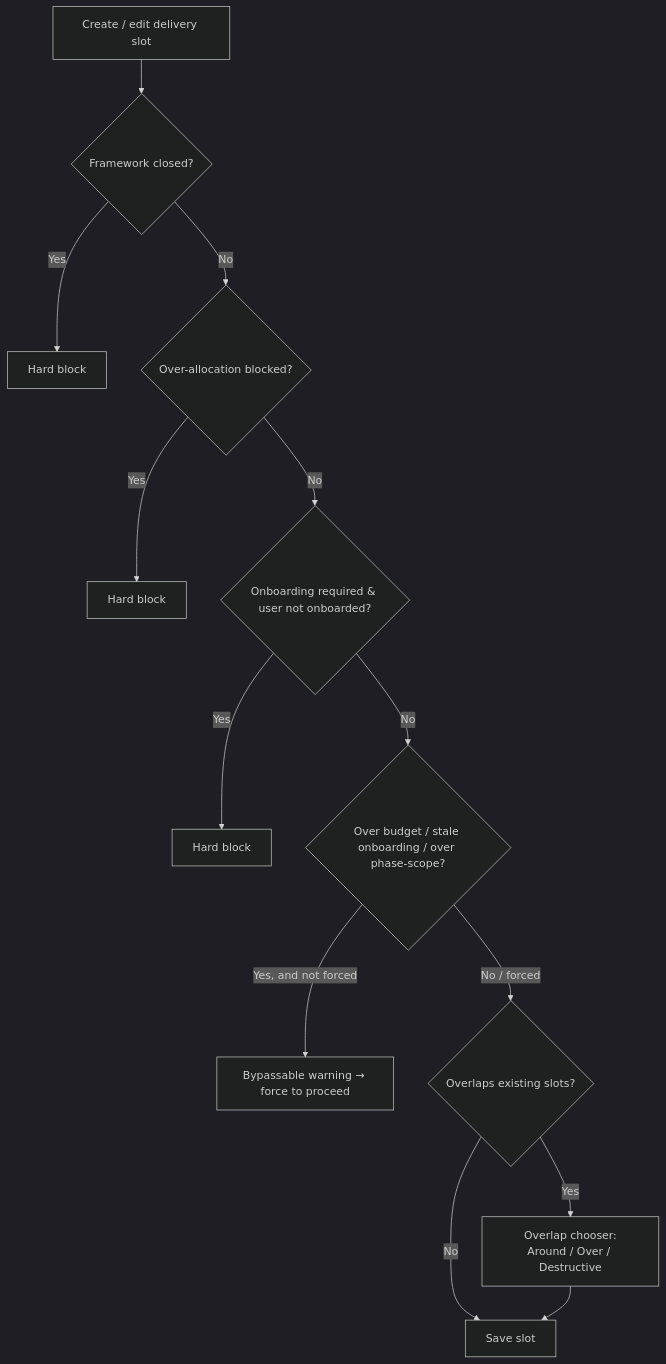
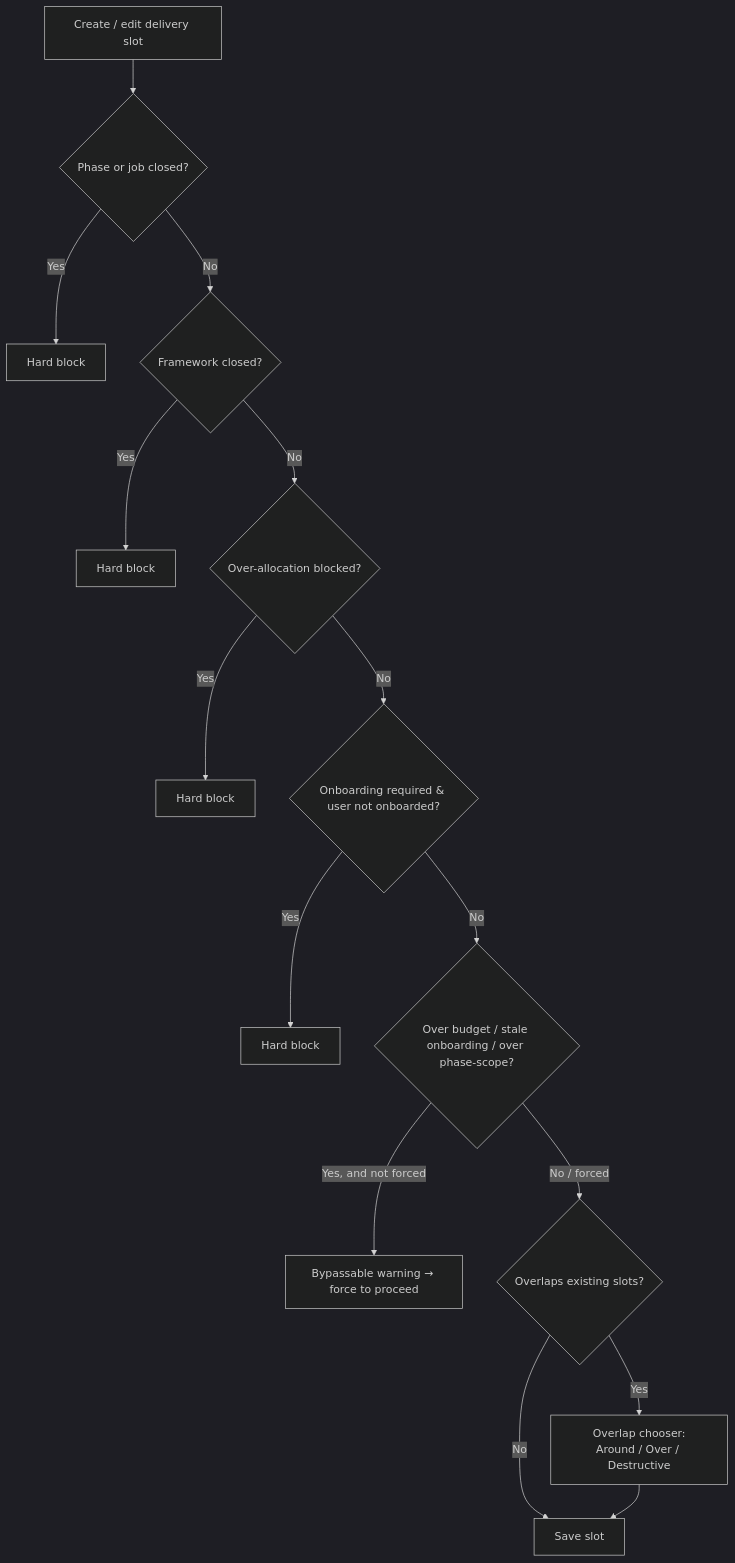
Before and after one commit to brainthee/CHAOTICA: the diagram in docs/user_guide/scheduling/validation.md, drawn with Mermaid (dark theme). The commit also changed other lines of this file and 8 other files, not shown here.

First line of the commit message:
docs: job/phase cascade and closed-phase rules

````diff
--- a/docs/user_guide/scheduling/validation.md
+++ b/docs/user_guide/scheduling/validation.md
@@ -15,15 +15,17 @@
 ```mermaid
 flowchart TD
-    A[Create / edit delivery slot] --> B{Framework closed?}
+    A[Create / edit delivery slot] --> P{Phase or job closed?}
+    P -->|Yes| P1[Hard block]
+    P -->|No| B{Framework closed?}
     B -->|Yes| B1[Hard block]
     B -->|No| C{Over-allocation blocked?}
     C -->|Yes| C1[Hard block]
     C -->|No| D{Onboarding required & user not onboarded?}
     D -->|Yes| D1[Hard block]
     D -->|No| E{Over budget / stale onboarding / over phase-scope?}
     E -->|Yes, and not forced| E1[Bypassable warning → force to proceed]
     E -->|No / forced| F{Overlaps existing slots?}
     F -->|No| SAVE[Save slot]
     F -->|Yes| G[Overlap chooser:\nAround / Over / Destructive]
     G --> SAVE
 ```
````
